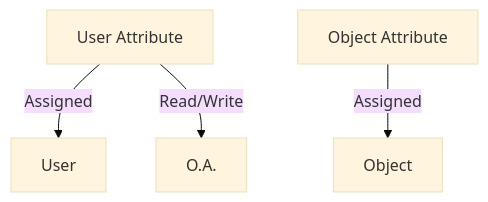
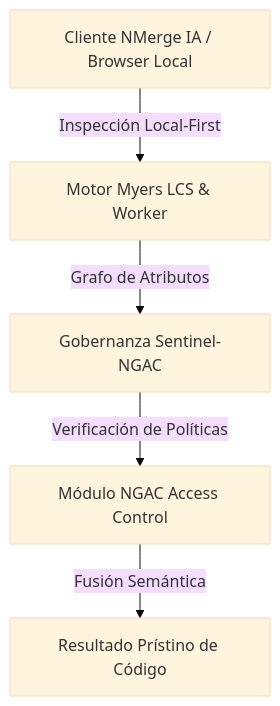
One commit to gjpierp/nmergeia changed the diagram in public/docs/en/tema_05_rbac_abac_ngac.md. Above: the diagram before and after it, drawn with Mermaid (base theme). The commit also changed other lines of this file and 518 other files, not shown here.

````diff
--- a/public/docs/en/tema_05_rbac_abac_ngac.md
+++ b/public/docs/en/tema_05_rbac_abac_ngac.md
@@ -12,6 +44,7 @@
 ```mermaid
 graph TD
-  UA[User Attribute] -->|Assigned| U[User]
-  OA[Object Attribute] -->|Assigned| O[Object]
-  UA -->|"Read/Write"| O.A.
+    A[Cliente NMerge IA / Browser Local] -->|Inspección Local-First| B[Motor Myers LCS & Worker]
+    B -->|Grafo de Atributos| C[Gobernanza Sentinel-NGAC]
+    C -->|Verificación de Políticas| D[Módulo NGAC Access Control]
+    D -->|Fusión Semántica| E[Resultado Prístino de Código]
 ```
````
